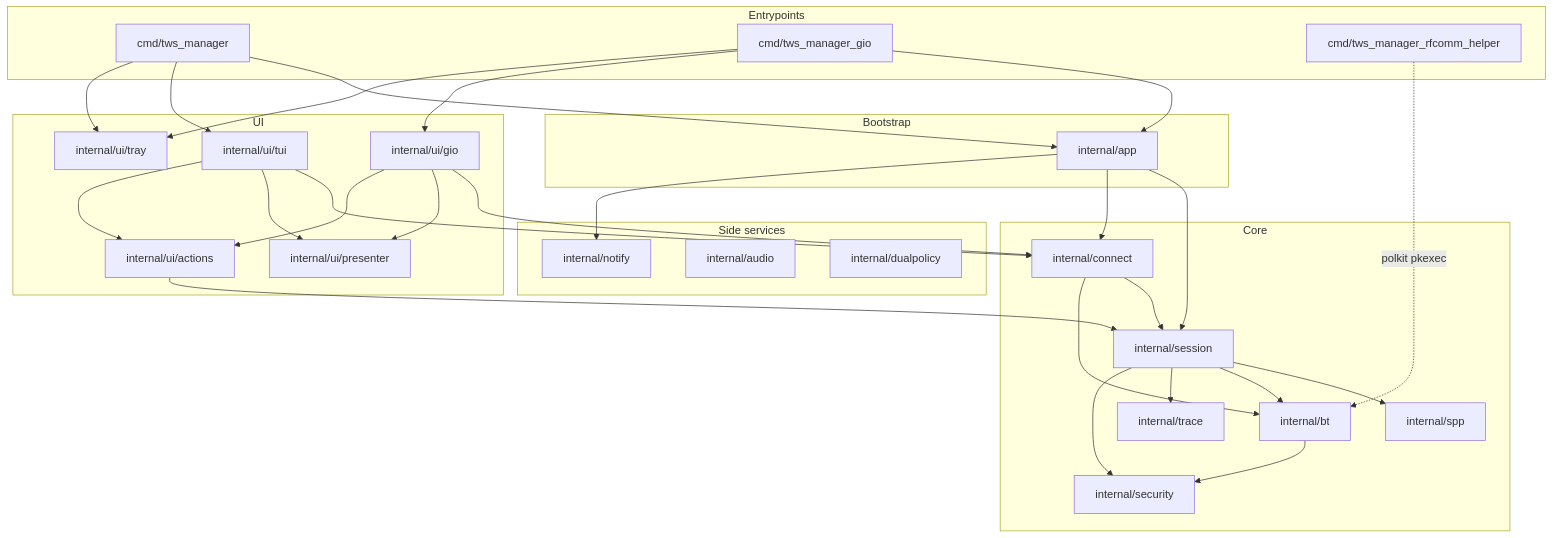
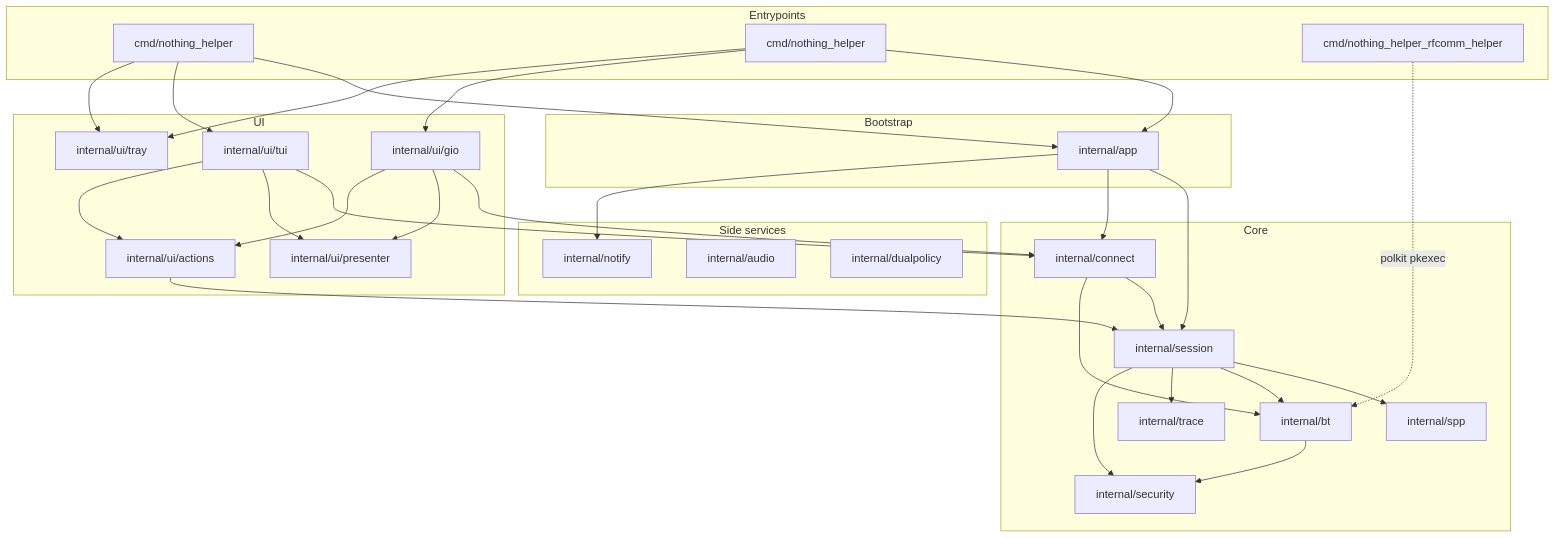
Before and after one commit to Kuksenok-i-s/nothing_helper: the first of 2 diagrams in docs/agent/architecture.md, drawn with Mermaid. The commit also changed 145 other files, not shown here.

Commit message:
Rename application, packages, source module and release assets to Nothing_helper

````diff
--- a/docs/agent/architecture.md
+++ b/docs/agent/architecture.md
@@ -5,60 +5,60 @@
 ```mermaid
 flowchart TB
   subgraph entry [Entrypoints]
-    TUI[cmd/tws_manager]
-    GIO[cmd/tws_manager_gio]
-    HELPER[cmd/tws_manager_rfcomm_helper]
+    TUI[cmd/nothing_helper]
+    GIO[cmd/nothing_helper]
+    HELPER[cmd/nothing_helper_rfcomm_helper]
   end
 
   subgraph app [Bootstrap]
     APP[internal/app]
   end
 
   subgraph ui [UI]
     TUIUI[internal/ui/tui]
     GIOUI[internal/ui/gio]
     TRAY[internal/ui/tray]
     PRES[internal/ui/presenter]
     ACT[internal/ui/actions]
   end
 
   subgraph core [Core]
     CONN[internal/connect]
     SESS[internal/session]
     SPP[internal/spp]
     BT[internal/bt]
     TRACE[internal/trace]
     SEC[internal/security]
   end
 
   subgraph side [Side services]
     NOTIFY[internal/notify]
     AUDIO[internal/audio]
     DUAL[internal/dualpolicy]
   end
 
   TUI --> APP
   GIO --> APP
   APP --> SESS
   APP --> CONN
   APP --> NOTIFY
   TUI --> TUIUI
   GIO --> GIOUI
   TUI --> TRAY
   GIO --> TRAY
   TUIUI --> CONN
   TUIUI --> PRES
   TUIUI --> ACT
   GIOUI --> CONN
   GIOUI --> PRES
   GIOUI --> ACT
   ACT --> SESS
   CONN --> SESS
   CONN --> BT
   SESS --> SPP
   SESS --> BT
   SESS --> TRACE
   BT --> SEC
   SESS --> SEC
   HELPER -.->|polkit pkexec| BT
 ```
````
